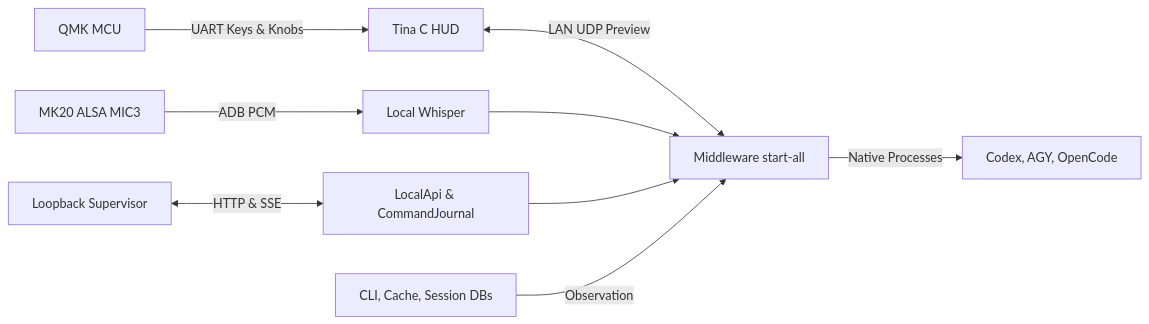
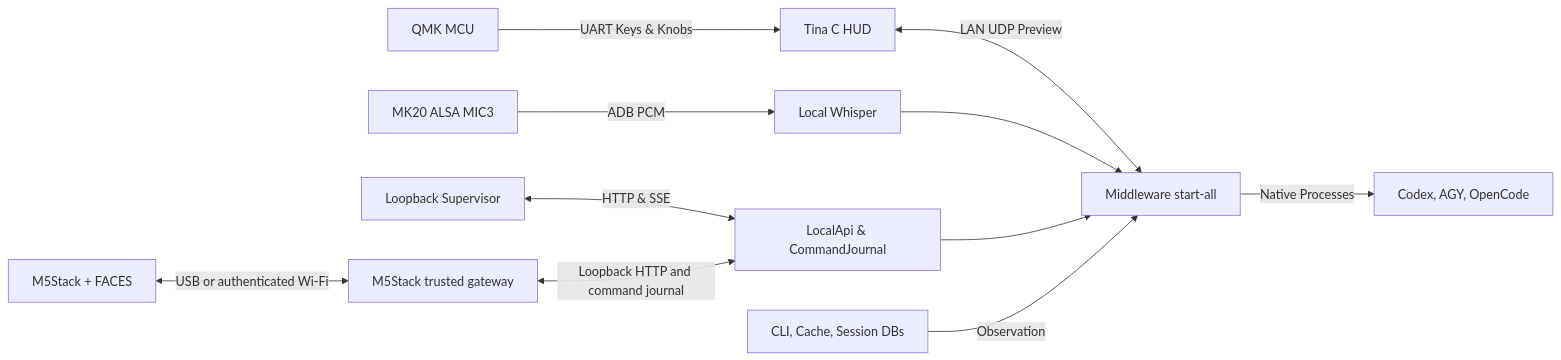
Before and after one commit to fkiller/Snowball_Control: the diagram in docs/ARCHITECTURE.md, drawn with Mermaid. The commit also changed other lines of this file, not shown here.

Commit message:
Document M5Stack FACES terminal deployment and verification

````diff
--- a/docs/ARCHITECTURE.md
+++ b/docs/ARCHITECTURE.md
@@ -31,11 +32,13 @@
 ```mermaid
 flowchart LR
   QMK[QMK MCU] -->|UART Keys & Knobs| HUD[Tina C HUD]
   HUD <-->|LAN UDP Preview| Daemon[Middleware start-all]
   Mic[MK20 ALSA MIC3] -->|ADB PCM| STT[Local Whisper]
   STT --> Daemon
   UI[Loopback Supervisor] <-->|HTTP & SSE| API[LocalApi & CommandJournal]
   API --> Daemon
   Sources[CLI, Cache, Session DBs] -->|Observation| Daemon
   Daemon -->|Native Processes| Harness[Codex, AGY, OpenCode]
+  M5[M5Stack + FACES] <-->|USB or authenticated Wi-Fi| Gateway[M5Stack trusted gateway]
+  Gateway <-->|Loopback HTTP and command journal| API
 ```
````
